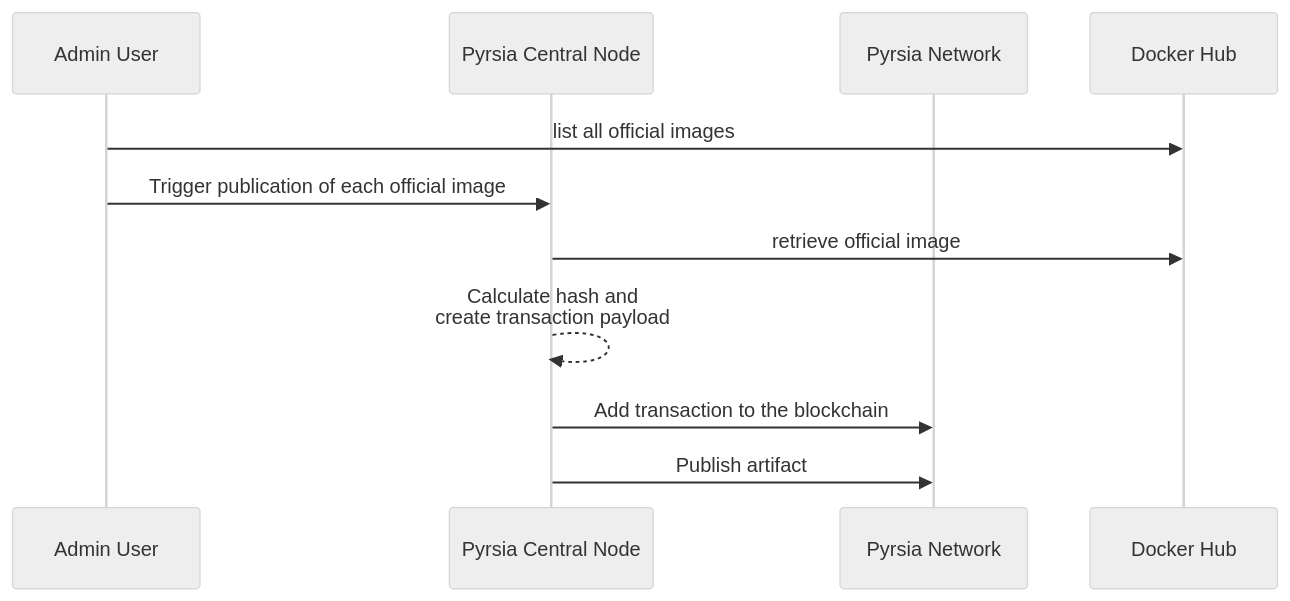
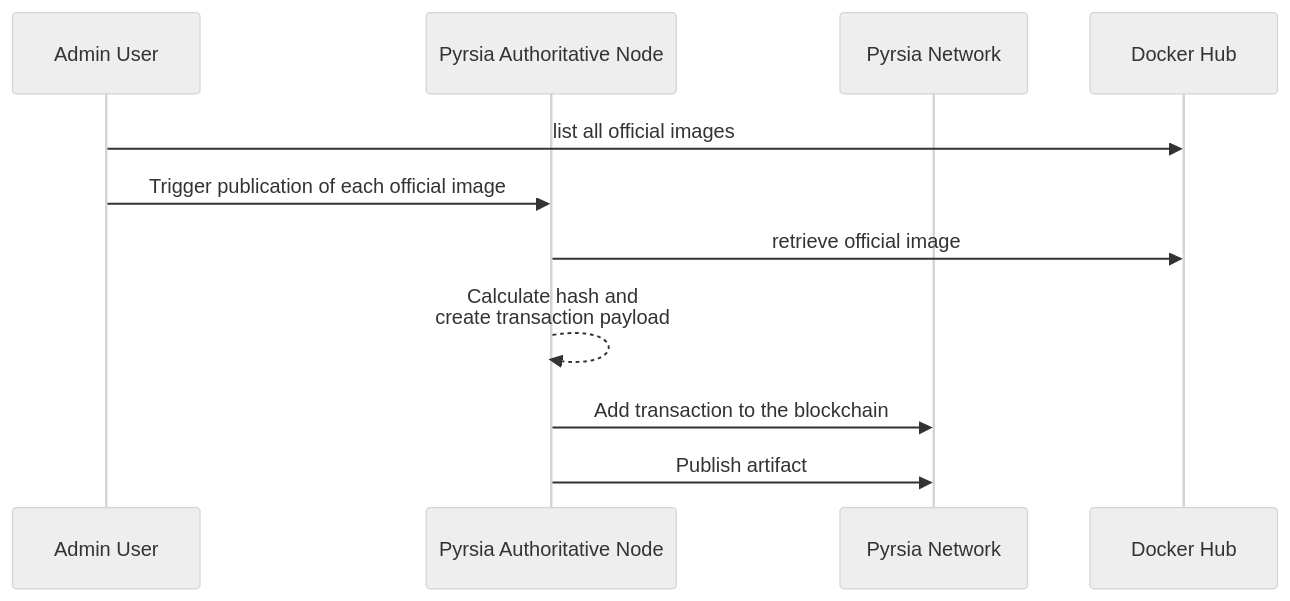
One commit to pyrsia/pyrsia changed the first of 2 diagrams in docs/developers/pyrsia-high-level-overview.md. Above: the diagram before and after it, drawn with Mermaid (neutral theme).

````diff
--- a/docs/developers/pyrsia-high-level-overview.md
+++ b/docs/developers/pyrsia-high-level-overview.md
@@ -18,16 +18,16 @@
 ```mermaid
 sequenceDiagram
 participant Admin as Admin User
-participant Node as Pyrsia Central Node
+participant Node as Pyrsia Authoritative Node
 participant PNW as Pyrsia Network
 participant DockerHub as Docker Hub
 
 Admin ->> DockerHub: list all official images
 Admin ->> Node: Trigger publication of each official image
 
 Node ->> DockerHub: retrieve official image
 Node -->> Node: Calculate hash and<br>create transaction payload
 Node ->> PNW: Add transaction to the blockchain
 
 Node ->> PNW: Publish artifact
 ```
````
